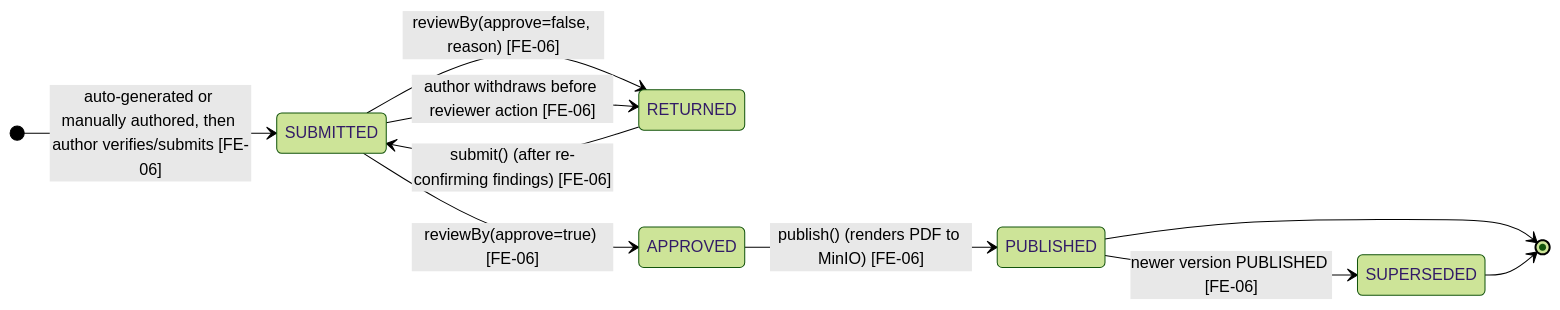
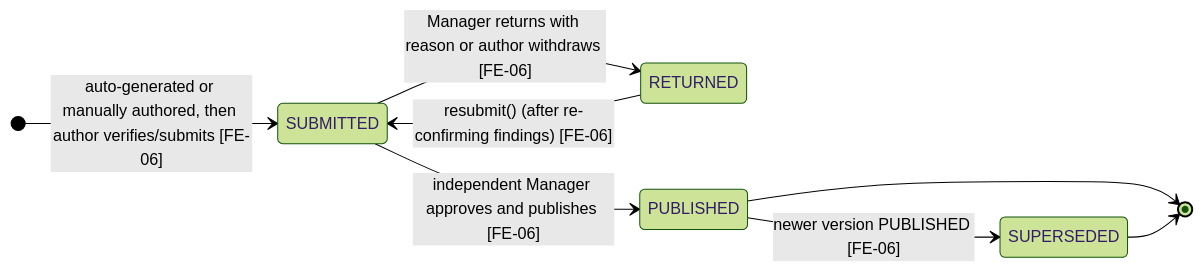
The fourth of 5 diagrams in reports/report-4-software-design-document/02-database-design.md (tungbach12/SmartDroneInspection-Docs), drawn with Mermaid (forest theme) before and after one commit. The commit also changed other lines of this file and 9 other files, not shown here.

````diff
--- a/reports/report-4-software-design-document/02-database-design.md
+++ b/reports/report-4-software-design-document/02-database-design.md
@@ -706,14 +706,12 @@
 ```mermaid
 %% title: InspectionReport Version Lifecycle State Machine Diagram
 stateDiagram-v2
   direction LR
   [*] --> SUBMITTED : auto-generated or manually authored, then author verifies/submits [FE-06]
-  SUBMITTED --> RETURNED : reviewBy(approve=false, reason) [FE-06]
-  SUBMITTED --> RETURNED : author withdraws before reviewer action [FE-06]
-  RETURNED --> SUBMITTED : submit() (after re-confirming findings) [FE-06]
-  SUBMITTED --> APPROVED : reviewBy(approve=true) [FE-06]
-  APPROVED --> PUBLISHED : publish() (renders PDF to MinIO) [FE-06]
+  SUBMITTED --> RETURNED : Manager returns with reason or author withdraws [FE-06]
+  RETURNED --> SUBMITTED : resubmit() (after re-confirming findings) [FE-06]
+  SUBMITTED --> PUBLISHED : independent Manager approves and publishes [FE-06]
   PUBLISHED --> SUPERSEDED : newer version PUBLISHED [FE-06]
   PUBLISHED --> [*]
   SUPERSEDED --> [*]
 ```
````
